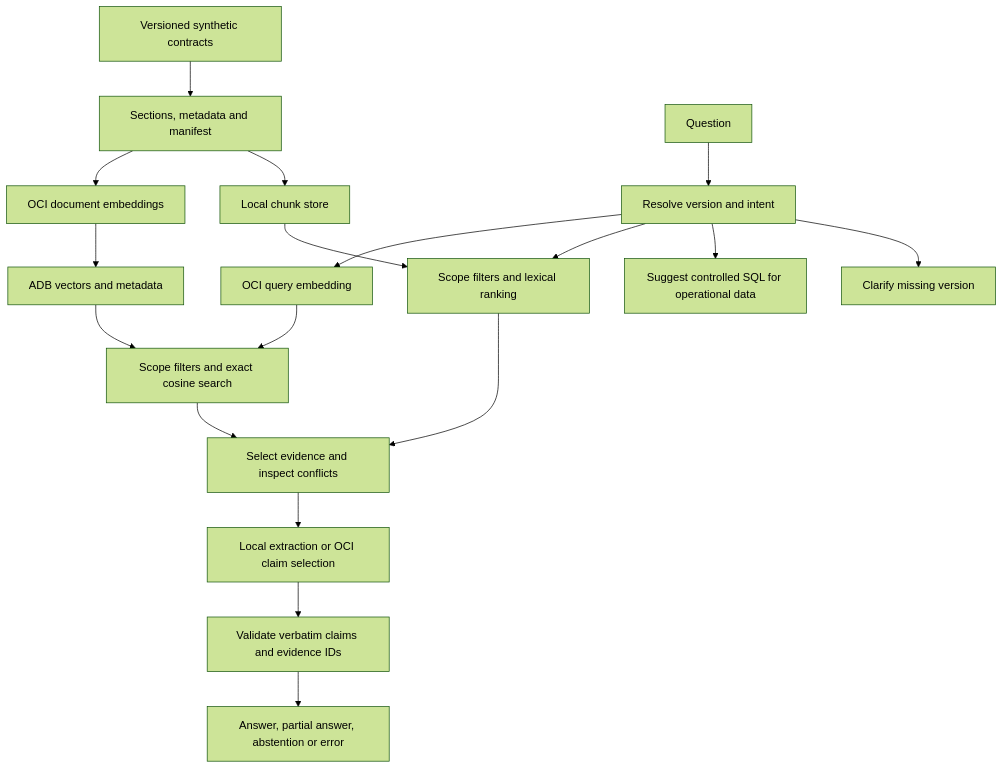
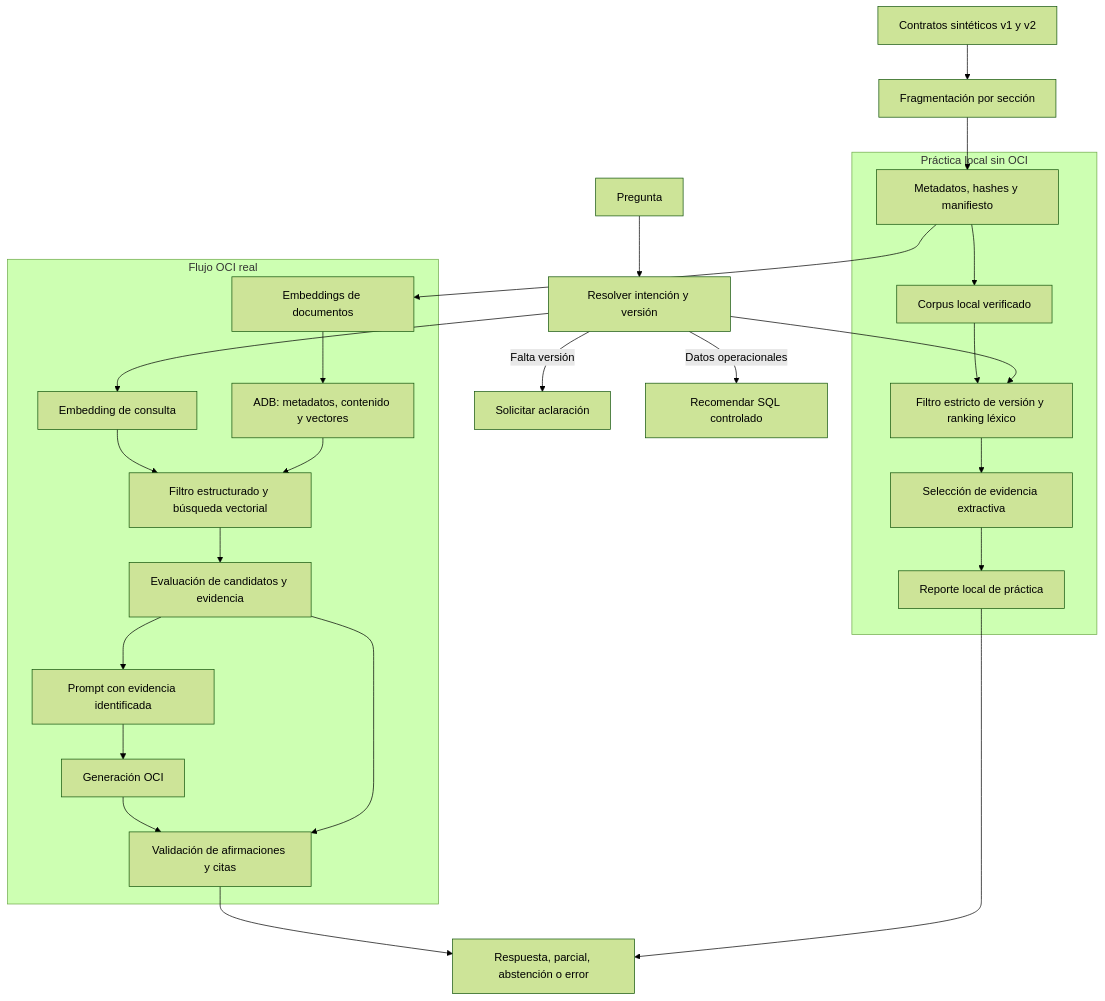
Before and after one commit to KarinaGalindezOra/kipu-workshop-oci-ai: the diagram in labs/lab02_contract_rag/docs/architecture.md, drawn with Mermaid (forest theme). The commit also changed other lines of this file and 7 other files, not shown here.

Commit message:
Expand Workshop 2 hands-on learning flow

````diff
--- a/labs/lab02_contract_rag/docs/architecture.md
+++ b/labs/lab02_contract_rag/docs/architecture.md
@@ -7,20 +10,32 @@
 ```mermaid
 flowchart TB
- D[Versioned synthetic contracts] --> C[Sections, metadata and manifest]
- C --> L[Local chunk store]
- C --> E[OCI document embeddings]
- E --> A[ADB vectors and metadata]
- Q[Question] --> R[Resolve version and intent]
- R --> CL[Clarify missing version]
- R --> S[Suggest controlled SQL for operational data]
- R --> LR[Scope filters and lexical ranking]
- L --> LR
- R --> QE[OCI query embedding]
- QE --> VR[Scope filters and exact cosine search]
- A --> VR
- LR --> EV[Select evidence and inspect conflicts]
- VR --> EV
- EV --> X[Local extraction or OCI claim selection]
- X --> V[Validate verbatim claims and evidence IDs]
- V --> O[Answer, partial answer, abstention or error]
+    D[Contratos sintéticos v1 y v2] --> C[Fragmentación por sección]
+    C --> M[Metadatos, hashes y manifiesto]
+
+    subgraph LOCAL[Práctica local sin OCI]
+        M --> L[Corpus local verificado]
+        L --> LR[Filtro estricto de versión y ranking léxico]
+        LR --> LE[Selección de evidencia extractiva]
+        LE --> LA[Reporte local de práctica]
+    end
+
+    subgraph OCI[Flujo OCI real]
+        M --> EM[Embeddings de documentos]
+        EM --> DB[ADB: metadatos, contenido y vectores]
+        QE[Embedding de consulta] --> VR[Filtro estructurado y búsqueda vectorial]
+        DB --> VR
+        VR --> EV[Evaluación de candidatos y evidencia]
+        EV --> P[Prompt con evidencia identificada]
+        P --> G[Generación OCI]
+        G --> V[Validación de afirmaciones y citas]
+        EV --> V
+    end
+
+    Q[Pregunta] --> R[Resolver intención y versión]
+    R -->|Falta versión| CL[Solicitar aclaración]
+    R --> LR
+    R --> QE
+    R -->|Datos operacionales| SQL[Recomendar SQL controlado]
+    V --> O[Respuesta, parcial, abstención o error]
+    LA --> O
 ```
````
